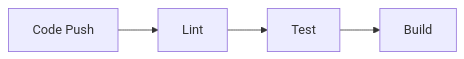
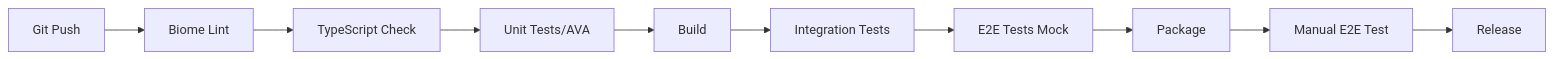
The fifth of 5 diagrams in .kiro/specs/flight-guide-generator/design.md (wh3at/hex), drawn with Mermaid before and after one commit. The commit also changed other lines of this file and 2 other files, not shown here.

````diff
--- a/.kiro/specs/flight-guide-generator/design.md
+++ b/.kiro/specs/flight-guide-generator/design.md
@@ -439,6 +391,12 @@
 ```mermaid
 graph LR
-    A[Code Push] --> B[Lint]
-    B --> C[Test]
-    C --> D[Build]
+    A[Git Push] --> B[Biome Lint]
+    B --> C[TypeScript Check]
+    C --> D[Unit Tests/AVA]
+    D --> E[Build]
+    E --> F[Integration Tests]
+    F --> G[E2E Tests Mock]
+    G --> H[Package]
+    H --> I[Manual E2E Test]
+    I --> J[Release]
 ```
````
